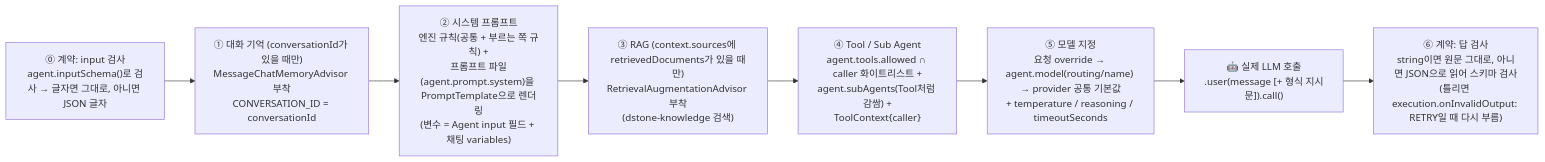
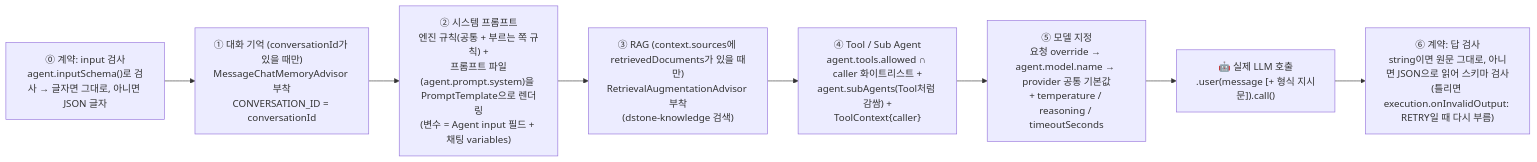
One commit to YongSoekChoeng/dstone changed the eighth of 10 diagrams in docs/09.dstone-ai-engine.md. Above: the diagram before and after it, drawn with Mermaid. The commit also changed other lines of this file and 12 other files, not shown here.

First line of the commit message:
ai-engine: Agent 모델 지정을 model.name 하나로 통일(model.routing 제거)

````diff
--- a/docs/09.dstone-ai-engine.md
+++ b/docs/09.dstone-ai-engine.md
@@ -850,11 +850,11 @@
 ```mermaid
 flowchart LR
     S0["⓪ 계약: input 검사\nagent.inputSchema()로 검사 → 글자면 그대로, 아니면 JSON 글자"] --> S1
     S1["① 대화 기억 (conversationId가 있을 때만)\nMessageChatMemoryAdvisor 부착\nCONVERSATION_ID = conversationId"] --> S2
     S2["② 시스템 프롬프트\n엔진 규칙(공통 + 부르는 쪽 규칙) +\n프롬프트 파일(agent.prompt.system)을 PromptTemplate으로 렌더링\n(변수 = Agent input 필드 + 채팅 variables)"] --> S3
     S3["③ RAG (context.sources에 retrievedDocuments가 있을 때만)\nRetrievalAugmentationAdvisor 부착\n(dstone-knowledge 검색)"] --> S4
     S4["④ Tool / Sub Agent\nagent.tools.allowed ∩ caller 화이트리스트 +\nagent.subAgents(Tool처럼 감쌈) +\nToolContext{caller}"] --> S5
-    S5["⑤ 모델 지정\n요청 override → agent.model(routing/name) → provider 공통 기본값\n+ temperature / reasoning / timeoutSeconds"] --> LLM
+    S5["⑤ 모델 지정\n요청 override → agent.model.name → provider 공통 기본값\n+ temperature / reasoning / timeoutSeconds"] --> LLM
     LLM["🤖 실제 LLM 호출\n.user(message [+ 형식 지시문]).call()"] --> S6
     S6["⑥ 계약: 답 검사\nstring이면 원문 그대로, 아니면 JSON으로 읽어 스키마 검사\n(틀리면 execution.onInvalidOutput: RETRY일 때 다시 부름)"]
 ```
````
